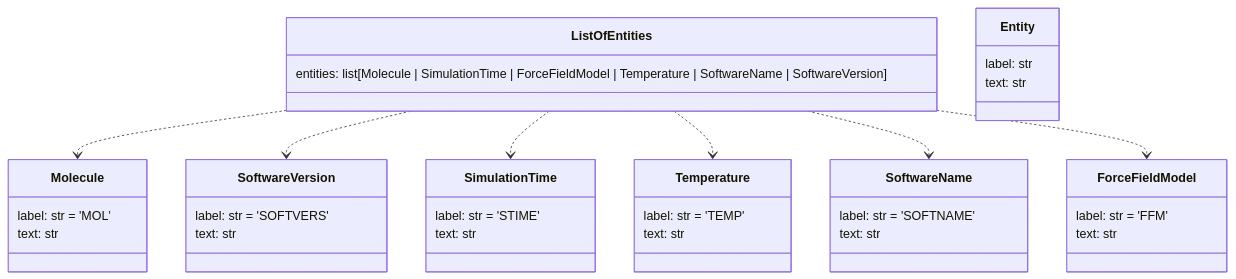
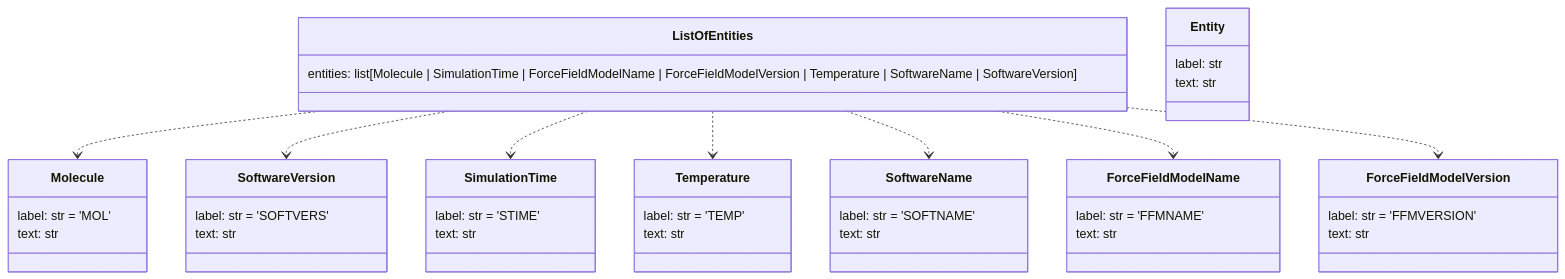
One commit to MDverse/mdner_llm changed the diagram in README.md. Above: the diagram before and after it, drawn with Mermaid. The commit also changed 17 other files, not shown here.

````diff
--- a/README.md
+++ b/README.md
@@ -8,48 +8,54 @@
 ```mermaid
 classDiagram
     class ListOfEntities {
-        entities: list[Molecule | SimulationTime | ForceFieldModel | Temperature | SoftwareName | SoftwareVersion]
+        entities: list[Molecule | SimulationTime | ForceFieldModelName | ForceFieldModelVersion | Temperature | SoftwareName | SoftwareVersion]
     }
 
     class SoftwareVersion {
         label: str = 'SOFTVERS'
         text: str
     }
 
     class Temperature {
         label: str = 'TEMP'
         text: str
     }
 
     class SimulationTime {
         label: str = 'STIME'
         text: str
     }
 
     class Molecule {
         label: str = 'MOL'
         text: str
     }
 
     class SoftwareName {
         label: str = 'SOFTNAME'
         text: str
     }
 
-    class ForceFieldModel {
-        label: str = 'FFM'
+    class ForceFieldModelName {
+        label: str = 'FFMNAME'
+        text: str
+    }
+
+    class ForceFieldModelVersion {
+        label: str = 'FFMVERSION'
         text: str
     }
 
     class Entity {
         label: str
         text: str
     }
 
     ListOfEntities ..> Molecule
     ListOfEntities ..> SoftwareVersion
     ListOfEntities ..> SimulationTime
     ListOfEntities ..> Temperature
     ListOfEntities ..> SoftwareName
-    ListOfEntities ..> ForceFieldModel
+    ListOfEntities ..> ForceFieldModelName
+    ListOfEntities ..> ForceFieldModelVersion
 ```
````
